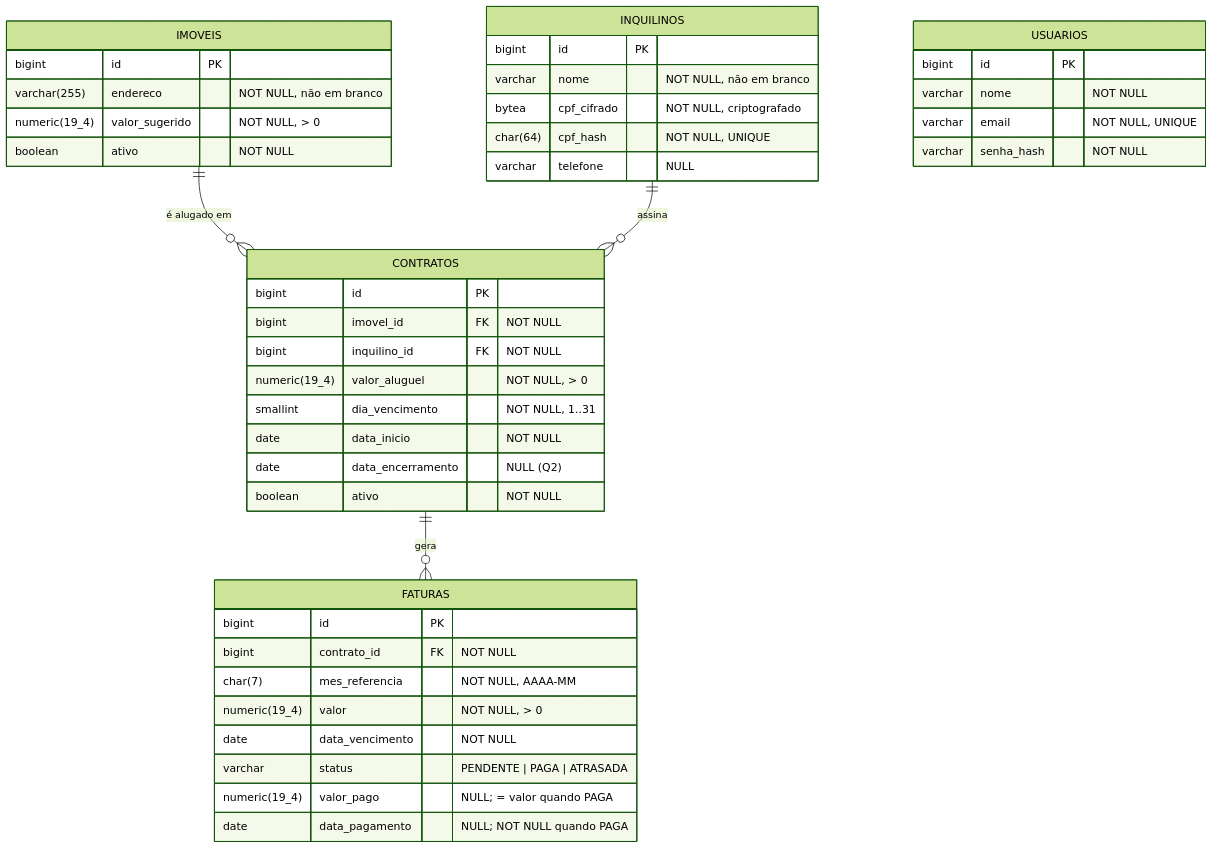
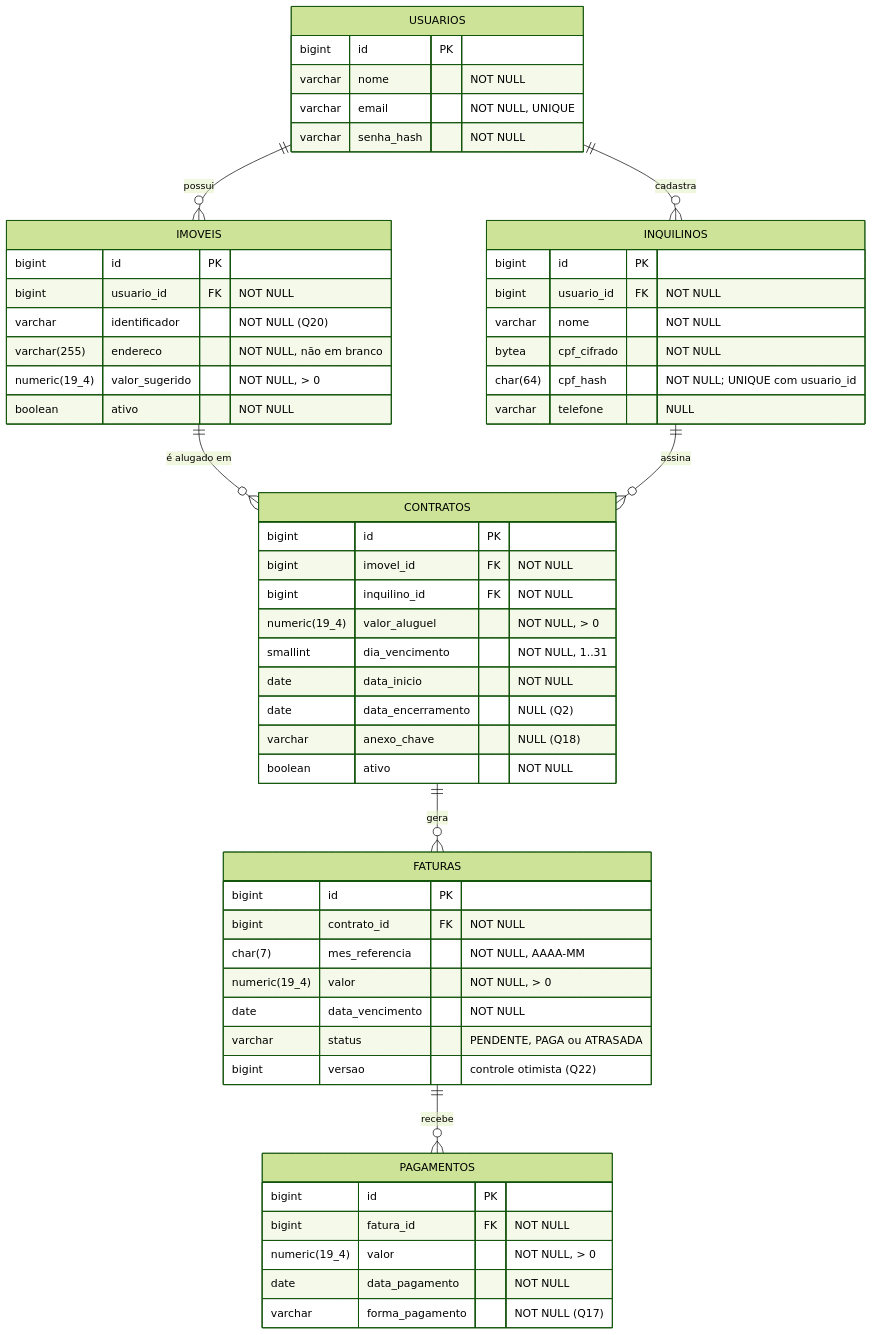
The diagram in docs/requisitos-e-der.md (mardenrafael/habitattio), drawn with Mermaid (forest theme) before and after one commit. The commit also changed other lines of this file, not shown here.

Commit message:
docs(requisitos): concilia com o documento do Drive e registra Q7, Q9, Q14, Q15, Q16

````diff
--- a/docs/requisitos-e-der.md
+++ b/docs/requisitos-e-der.md
@@ -98,46 +121,59 @@
 ```mermaid
 erDiagram
+    USUARIOS ||--o{ IMOVEIS : "possui"
+    USUARIOS ||--o{ INQUILINOS : "cadastra"
     IMOVEIS ||--o{ CONTRATOS : "é alugado em"
     INQUILINOS ||--o{ CONTRATOS : "assina"
     CONTRATOS ||--o{ FATURAS : "gera"
+    FATURAS ||--o{ PAGAMENTOS : "recebe"
 
+    USUARIOS {
+        bigint id PK
+        varchar nome "NOT NULL"
+        varchar email "NOT NULL, UNIQUE"
+        varchar senha_hash "NOT NULL"
+    }
     IMOVEIS {
         bigint id PK
+        bigint usuario_id FK "NOT NULL"
+        varchar identificador "NOT NULL (Q20)"
         varchar(255) endereco "NOT NULL, não em branco"
         numeric(19_4) valor_sugerido "NOT NULL, > 0"
         boolean ativo "NOT NULL"
     }
     INQUILINOS {
         bigint id PK
-        varchar nome "NOT NULL, não em branco"
-        bytea cpf_cifrado "NOT NULL, criptografado"
-        char(64) cpf_hash "NOT NULL, UNIQUE"
+        bigint usuario_id FK "NOT NULL"
+        varchar nome "NOT NULL"
+        bytea cpf_cifrado "NOT NULL"
+        char(64) cpf_hash "NOT NULL; UNIQUE com usuario_id"
         varchar telefone "NULL"
     }
     CONTRATOS {
         bigint id PK
         bigint imovel_id FK "NOT NULL"
         bigint inquilino_id FK "NOT NULL"
         numeric(19_4) valor_aluguel "NOT NULL, > 0"
         smallint dia_vencimento "NOT NULL, 1..31"
         date data_inicio "NOT NULL"
         date data_encerramento "NULL (Q2)"
+        varchar anexo_chave "NULL (Q18)"
         boolean ativo "NOT NULL"
     }
     FATURAS {
         bigint id PK
         bigint contrato_id FK "NOT NULL"
         char(7) mes_referencia "NOT NULL, AAAA-MM"
         numeric(19_4) valor "NOT NULL, > 0"
         date data_vencimento "NOT NULL"
-        varchar status "PENDENTE | PAGA | ATRASADA"
-        numeric(19_4) valor_pago "NULL; = valor quando PAGA"
-        date data_pagamento "NULL; NOT NULL quando PAGA"
+        varchar status "PENDENTE, PAGA ou ATRASADA"
+        bigint versao "controle otimista (Q22)"
     }
-    USUARIOS {
+    PAGAMENTOS {
         bigint id PK
-        varchar nome "NOT NULL"
-        varchar email "NOT NULL, UNIQUE"
-        varchar senha_hash "NOT NULL"
+        bigint fatura_id FK "NOT NULL"
+        numeric(19_4) valor "NOT NULL, > 0"
+        date data_pagamento "NOT NULL"
+        varchar forma_pagamento "NOT NULL (Q17)"
     }
 ```
````
